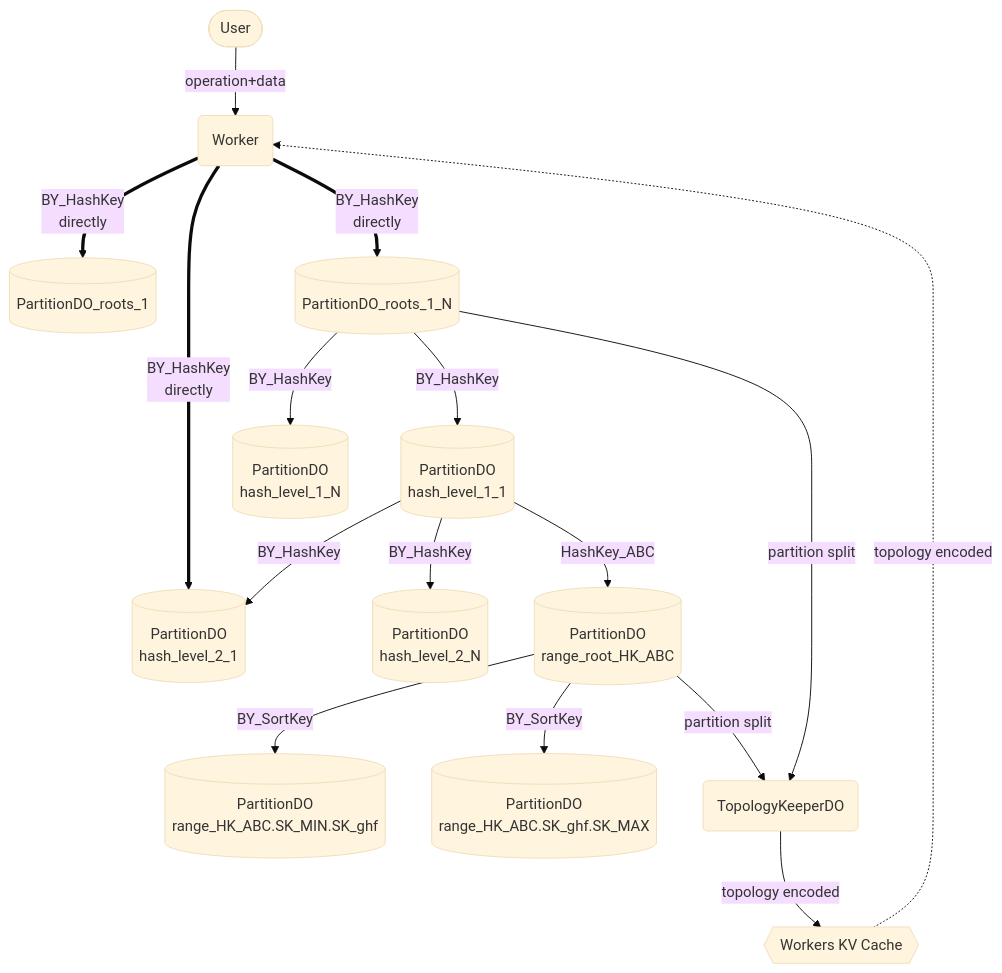
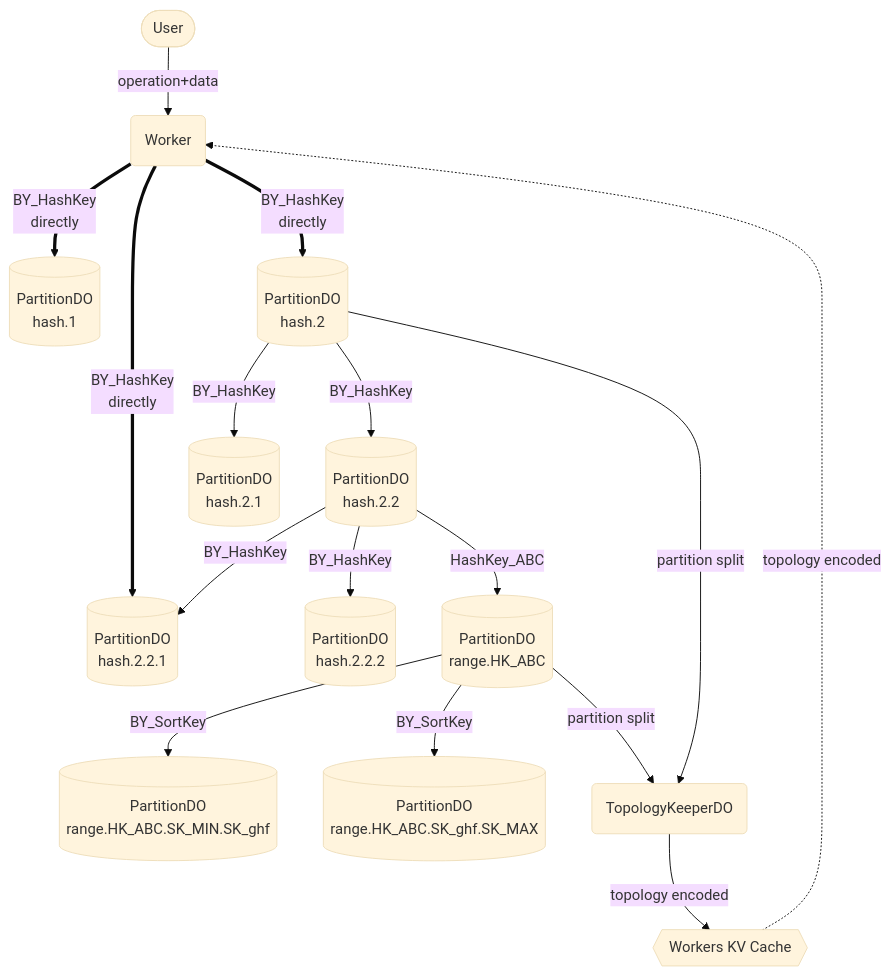
One commit to lambrospetrou/lambrospetrou.github.io changed the first of 3 diagrams in src/_posts/2026-06-05-fokosdb.md. Above: the diagram before and after it, drawn with Mermaid (base theme). The commit also changed other lines of this file and 1 other file, not shown here.

````diff
--- a/src/_posts/2026-06-05-fokosdb.md
+++ b/src/_posts/2026-06-05-fokosdb.md
@@ -121,23 +122,23 @@
 ```mermaid
 flowchart TD
     A([User]) -->|operation+data| B(Worker)
 
     C{{Workers KV Cache}} -.->|topology encoded| B
 
-    B ==>|BY_HashKey\ndirectly| DD[(PartitionDO_roots_1)]
-    B ==>|BY_HashKey\ndirectly| D[(PartitionDO_roots_1_N)]
-    D -->|BY_HashKey| E[(PartitionDO\nhash_level_1_1)]
-    D -->|BY_HashKey| F[(PartitionDO\nhash_level_1_N)]
+    B ==>|BY_HashKey\ndirectly| DD[(PartitionDO\nhash.1)]
+    B ==>|BY_HashKey\ndirectly| D[(PartitionDO\nhash.2)]
+    D -->|BY_HashKey| E[(PartitionDO\nhash.2.2)]
+    D -->|BY_HashKey| F[(PartitionDO\nhash.2.1)]
 
     B ==>|BY_HashKey\ndirectly| FF
-    E -->|BY_HashKey| FF[(PartitionDO\nhash_level_2_1)]
-    E -->|BY_HashKey| FFN[(PartitionDO\nhash_level_2_N)]
+    E -->|BY_HashKey| FF[(PartitionDO\nhash.2.2.1)]
+    E -->|BY_HashKey| FFN[(PartitionDO\nhash.2.2.2)]
 
-    E -->|HashKey_ABC| G[(PartitionDO\nrange_root_HK_ABC)]
-    G -->|BY_SortKey| H[(PartitionDO\nrange_HK_ABC.SK_MIN.SK_ghf)]
-    G -->|BY_SortKey| I[(PartitionDO\nrange_HK_ABC.SK_ghf.SK_MAX)]
+    E -->|HashKey_ABC| G[(PartitionDO\nrange.HK_ABC)]
+    G -->|BY_SortKey| H[(PartitionDO\nrange.HK_ABC.SK_MIN.SK_ghf)]
+    G -->|BY_SortKey| I[(PartitionDO\nrange.HK_ABC.SK_ghf.SK_MAX)]
 
     TK(TopologyKeeperDO) -->|topology encoded| C
     G -->|partition split| TK
     D -->|partition split| TK
 ```
````
